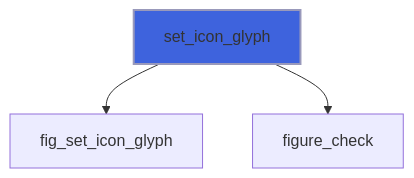
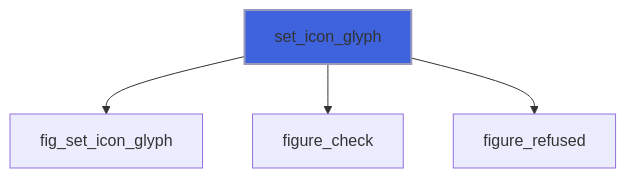
One commit to szaghi/figure changed the fifth of 41 diagrams in docs/api/src/lib/figure_app.md. Above: the diagram before and after it, drawn with Mermaid. The commit also changed other lines of this file and 10 other files, not shown here.

````diff
--- a/docs/api/src/lib/figure_app.md
+++ b/docs/api/src/lib/figure_app.md
@@ -259,6 +271,7 @@
 ```mermaid
 flowchart TD
   set_icon_glyph["set_icon_glyph"] --> fig_set_icon_glyph["fig_set_icon_glyph"]
   set_icon_glyph["set_icon_glyph"] --> figure_check["figure_check"]
+  set_icon_glyph["set_icon_glyph"] --> figure_refused["figure_refused"]
   style set_icon_glyph fill:#3e63dd,stroke:#99b,stroke-width:2px
 ```
````
